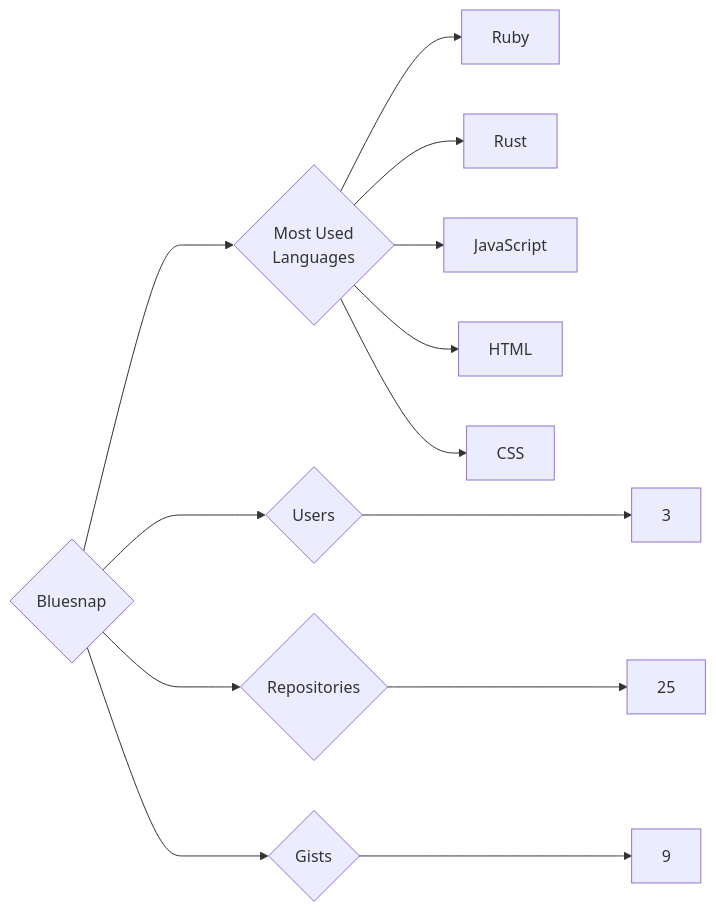
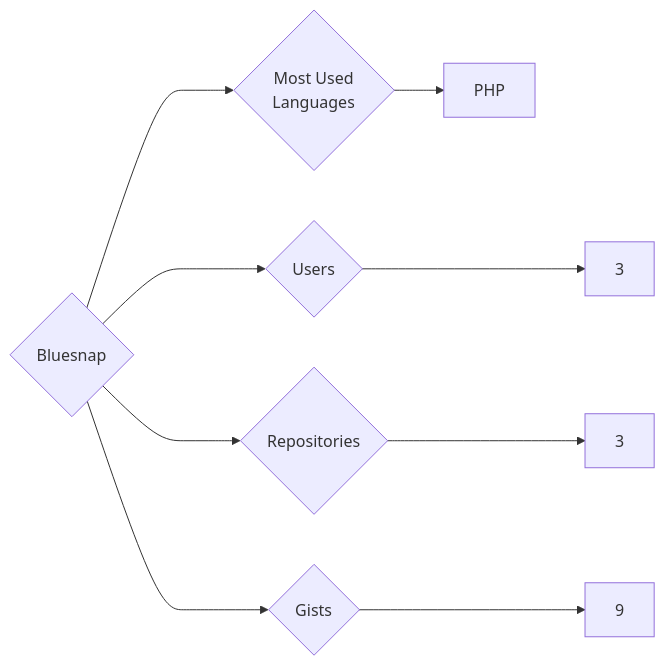
One commit to trickest/insiders changed the diagram in targets/Bluesnap/README.md. Above: the diagram before and after it, drawn with Mermaid. The commit also changed 998 other files, not shown here.

````diff
--- a/targets/Bluesnap/README.md
+++ b/targets/Bluesnap/README.md
@@ -3,13 +3,9 @@
 ```mermaid
 graph LR
 COMPANY_NAME{Bluesnap}
 COMPANY_NAME ---> U{Users} ---> UN[3]
-COMPANY_NAME ---> R{Repositories} ---> RN[25]
+COMPANY_NAME ---> R{Repositories} ---> RN[3]
 COMPANY_NAME ---> G{Gists} ---> GN[9]
 COMPANY_NAME ---> ML{Most Used<br>Languages}
-ML --> Ruby[Ruby]
-ML --> Rust[Rust]
-ML --> JavaScript[JavaScript]
-ML --> HTML[HTML]
-ML --> CSS[CSS]
+ML --> PHP[PHP]
 ```
````
